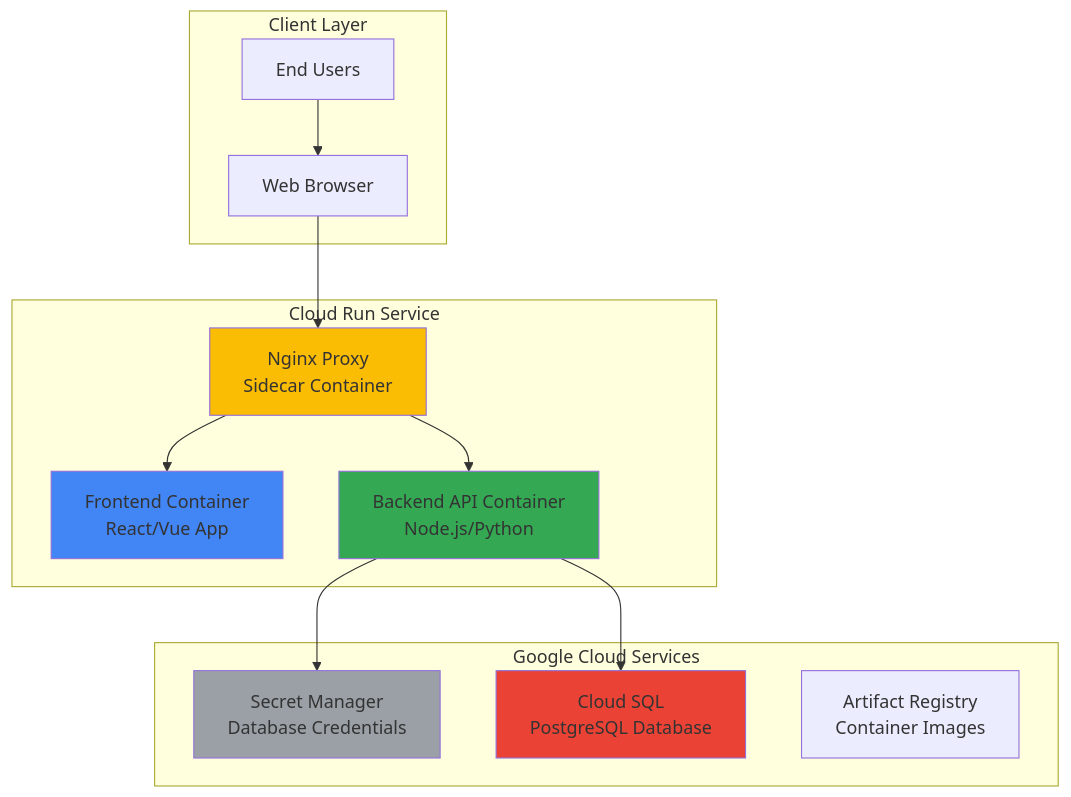
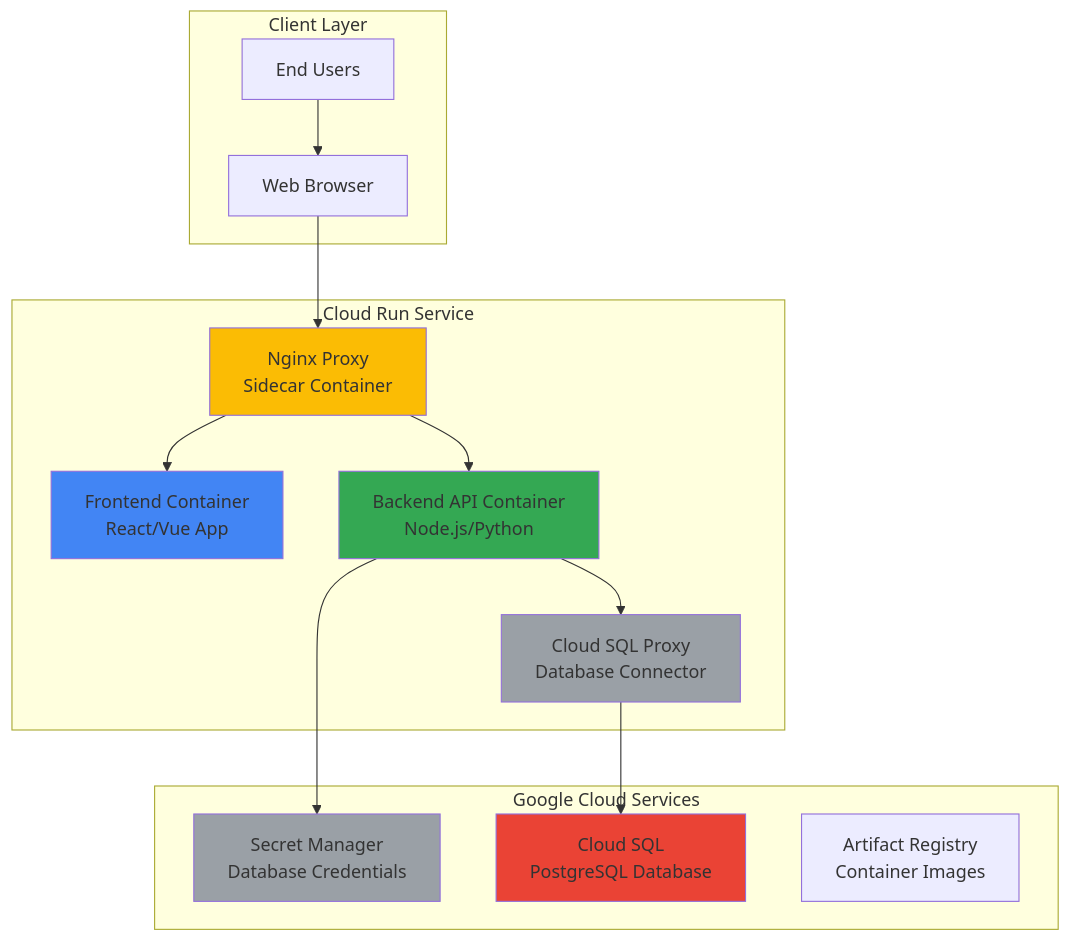
Before and after one commit to mzazon/awesome-cloud-projects: the diagram in gcp/multi-container-applications-cloud-run-docker-compose/multi-container-applications-cloud-run-docker-compose.md, drawn with Mermaid. The commit also changed other lines of this file and 5581 other files, not shown here.

````diff
--- a/gcp/multi-container-applications-cloud-run-docker-compose/multi-container-applications-cloud-run-docker-compose.md
+++ b/gcp/multi-container-applications-cloud-run-docker-compose/multi-container-applications-cloud-run-docker-compose.md
@@ -30,32 +30,35 @@
 ```mermaid
 graph TB
     subgraph "Client Layer"
         USER[End Users]
         WEB[Web Browser]
     end
     
     subgraph "Cloud Run Service"
         FRONTEND[Frontend Container<br/>React/Vue App]
         BACKEND[Backend API Container<br/>Node.js/Python]
         PROXY[Nginx Proxy<br/>Sidecar Container]
+        SQLPROXY[Cloud SQL Proxy<br/>Database Connector]
     end
     
     subgraph "Google Cloud Services"
         SECRETS[Secret Manager<br/>Database Credentials]
         SQL[Cloud SQL<br/>PostgreSQL Database]
         REGISTRY[Artifact Registry<br/>Container Images]
     end
     
     USER --> WEB
     WEB --> PROXY
     PROXY --> FRONTEND
     PROXY --> BACKEND
+    BACKEND --> SQLPROXY
+    SQLPROXY --> SQL
     BACKEND --> SECRETS
-    BACKEND --> SQL
     
     style FRONTEND fill:#4285f4
     style BACKEND fill:#34a853
     style PROXY fill:#fbbc04
+    style SQLPROXY fill:#9aa0a6
     style SQL fill:#ea4335
     style SECRETS fill:#9aa0a6
 ```
````
